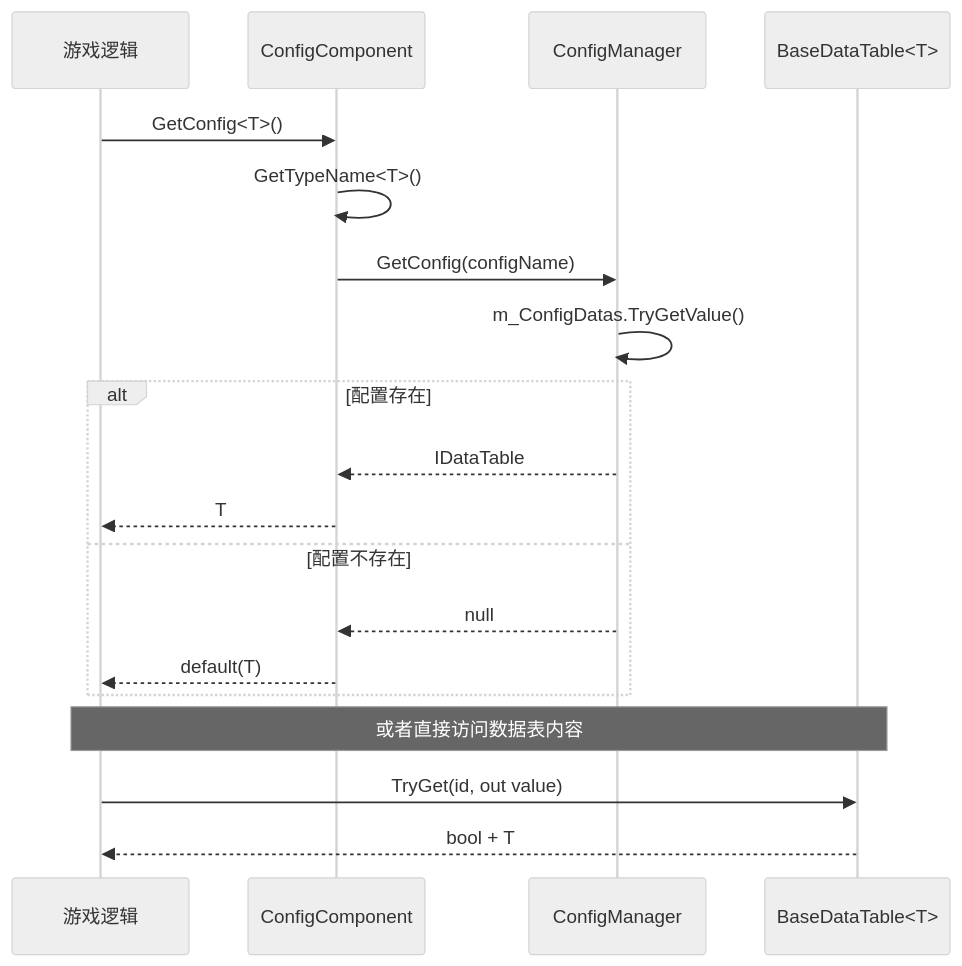
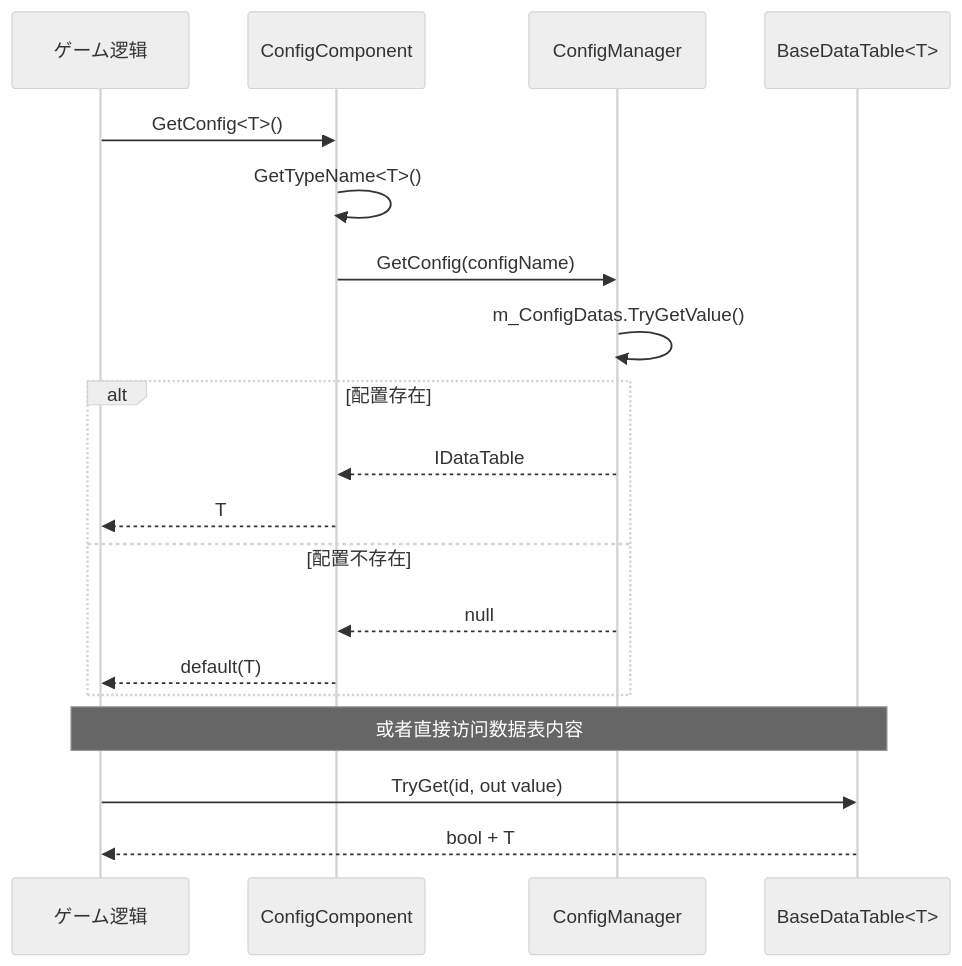
The second of 2 diagrams in docs/ja/client/unity/component/config/01.overview.md (AlianBlank/GameFrameX.Docs), drawn with Mermaid (neutral theme) before and after one commit. The commit also changed other lines of this file and 603 other files, not shown here.

````diff
--- a/docs/ja/client/unity/component/config/01.overview.md
+++ b/docs/ja/client/unity/component/config/01.overview.md
@@ -108,23 +108,23 @@
 ```mermaid
 sequenceDiagram
-    participant GameLogic as 游戏逻辑
+    participant GameLogic as ゲーム逻辑
     participant CC as ConfigComponent
     participant CM as ConfigManager
     participant DT as BaseDataTable<T>
 
     GameLogic->>CC: GetConfig<T>()
     CC->>CC: GetTypeName<T>()
     CC->>CM: GetConfig(configName)
     CM->>CM: m_ConfigDatas.TryGetValue()
     alt 配置存在
         CM-->>CC: IDataTable
         CC-->>GameLogic: T
     else 配置不存在
         CM-->>CC: null
         CC-->>GameLogic: default(T)
     end
     
     Note over GameLogic,DT: 或者直接访问数据表内容
     GameLogic->>DT: TryGet(id, out value)
     DT-->>GameLogic: bool + T
 ```
````
